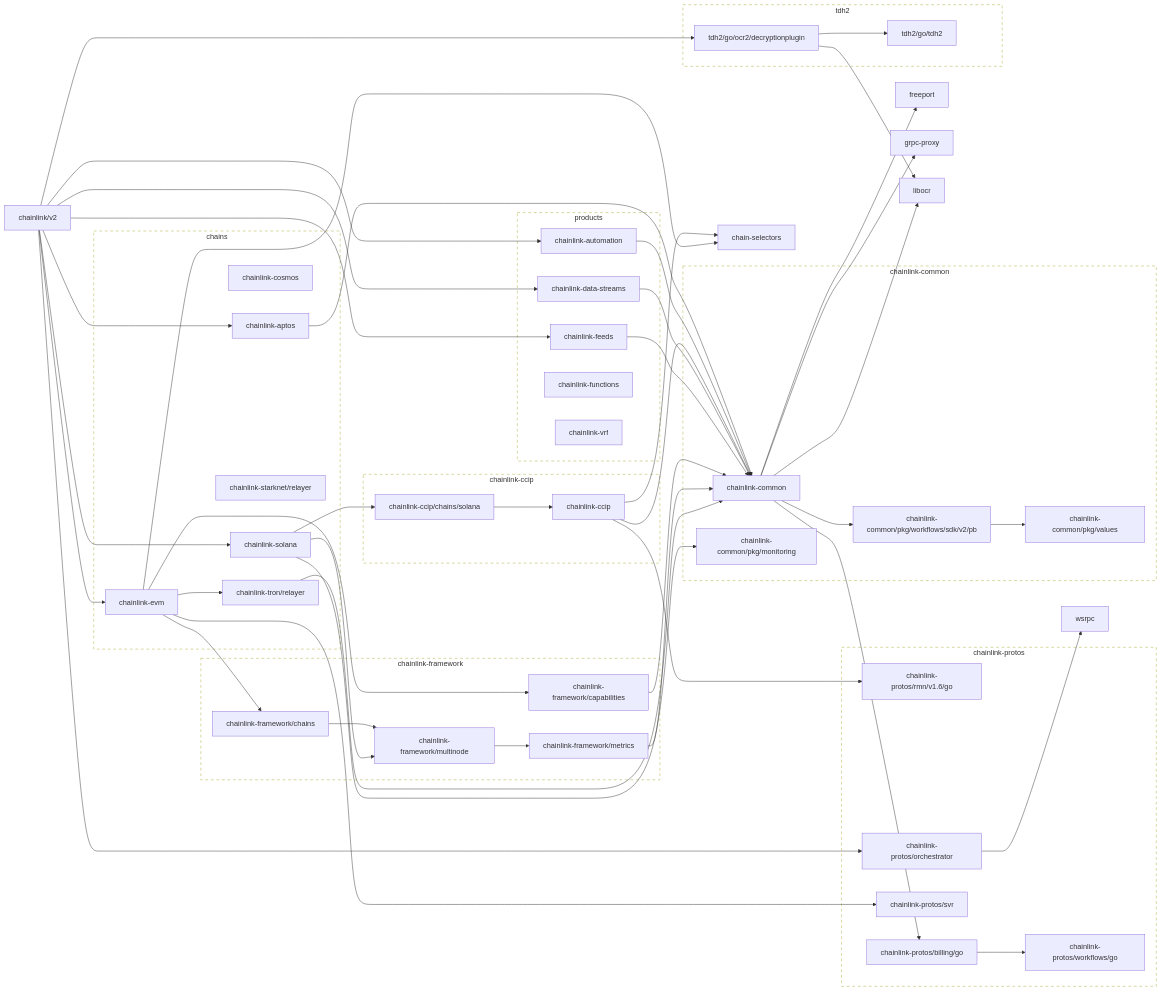
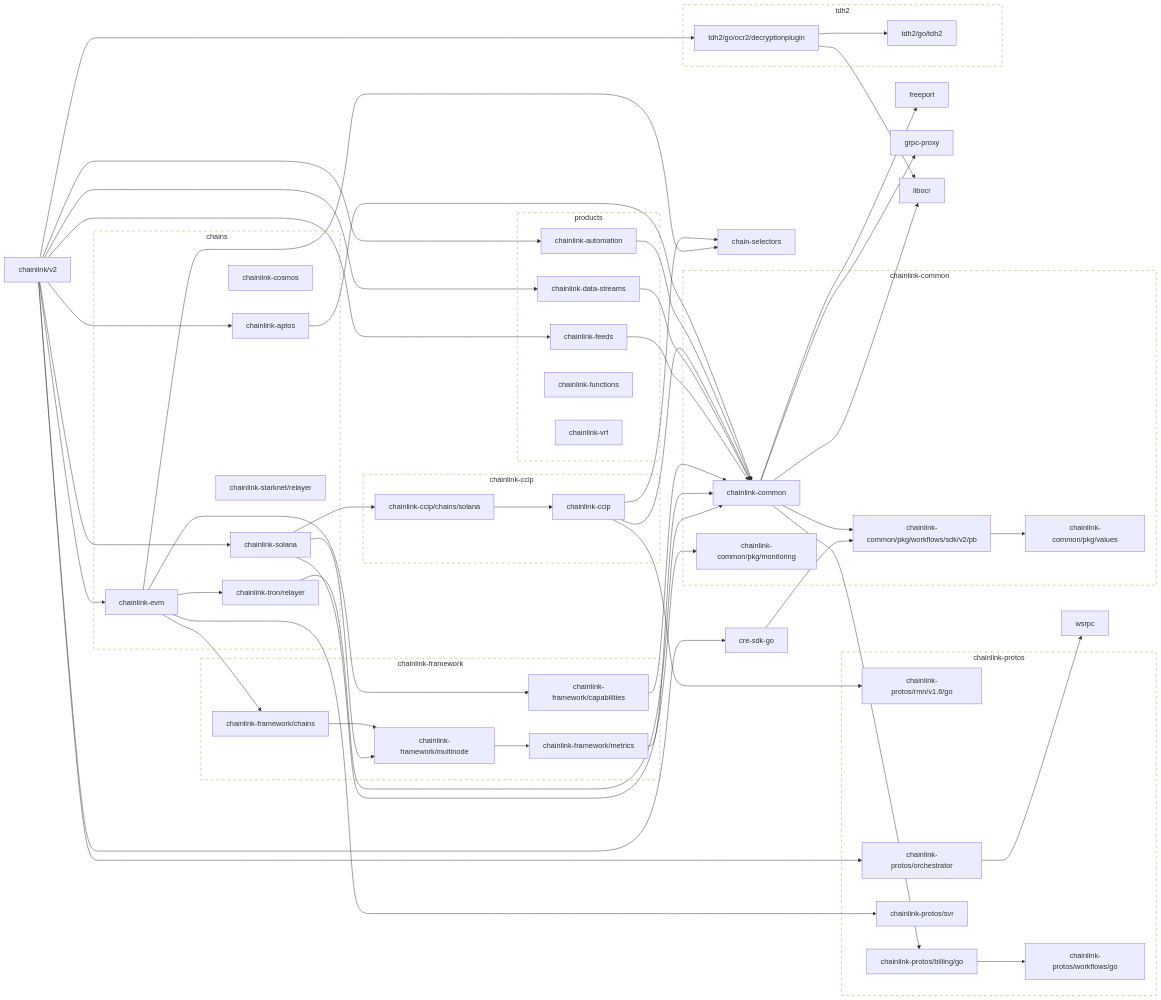
Before and after one commit to JohnDaWalka/chainlink: the first of 2 diagrams in go.md, drawn with Mermaid. The commit also changed other lines of this file, not shown here.

Commit message:
make generate

```diff
--- a/go.md
+++ b/go.md
@@ -87,8 +87,11 @@
 	chainlink/v2 --> chainlink-feeds
 	chainlink/v2 --> chainlink-protos/orchestrator
 	chainlink/v2 --> chainlink-solana
+	chainlink/v2 --> cre-sdk-go
 	chainlink/v2 --> tdh2/go/ocr2/decryptionplugin
 	click chainlink/v2 href "https://github.com/smartcontractkit/chainlink"
+	cre-sdk-go --> chainlink-common/pkg/workflows/sdk/v2/pb
+	click cre-sdk-go href "https://github.com/smartcontractkit/cre-sdk-go"
 	freeport
 	click freeport href "https://github.com/smartcontractkit/freeport"
 	grpc-proxy
```
